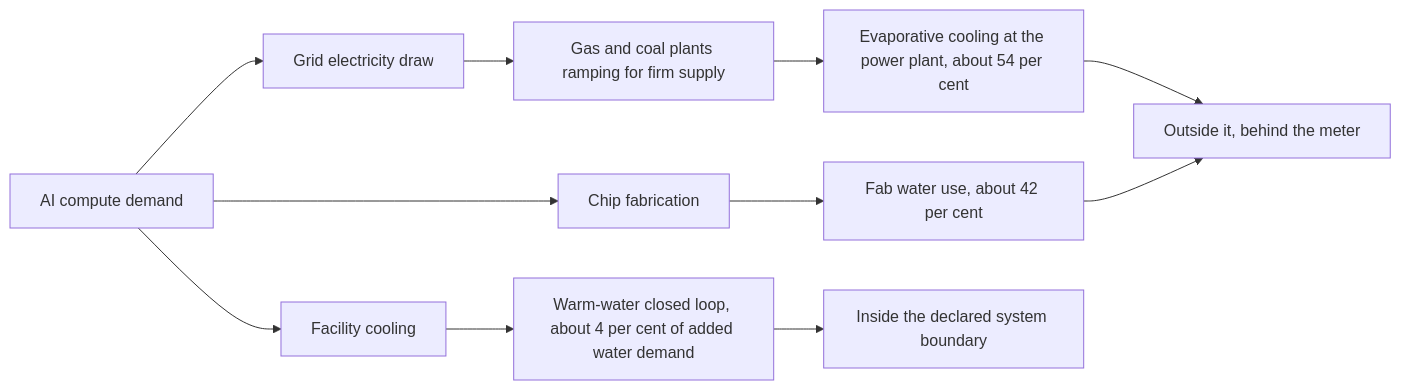
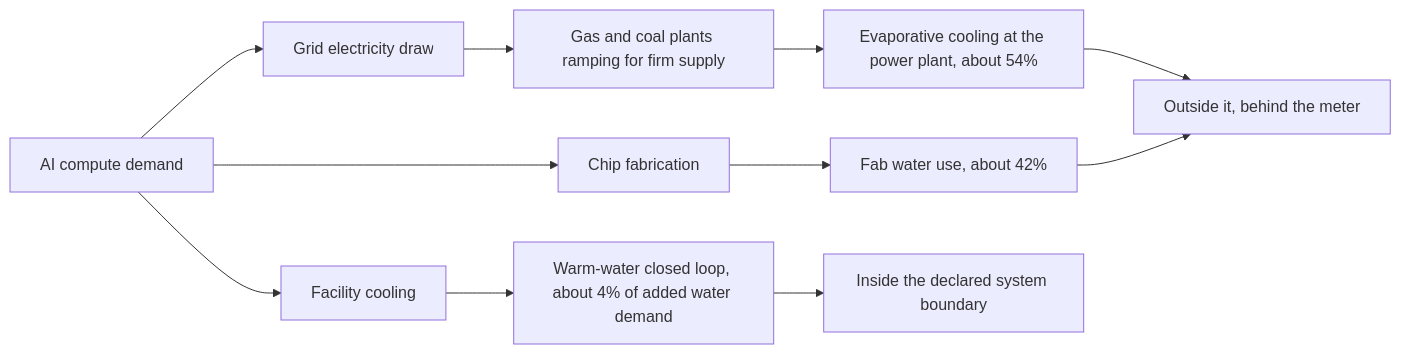
One commit to TarrySingh/tarrysingh-com changed the diagram in content/blog/nvidia-s-water-solution-ends-at-the-property.mdx. Above: the diagram before and after it, drawn with Mermaid. The commit also changed other lines of this file and 82 other files, not shown here.

````diff
--- a/content/blog/nvidia-s-water-solution-ends-at-the-property.mdx
+++ b/content/blog/nvidia-s-water-solution-ends-at-the-property.mdx
@@ -17,14 +17,14 @@
 ```mermaid
 %% caption: The closed loop sits inside the fence; most of the water is consumed on the other side of the meter.
 flowchart LR
   A[AI compute demand] --> B[Facility cooling]
   A --> C[Grid electricity draw]
   A --> D[Chip fabrication]
-  B --> E[Warm-water closed loop, about 4 per cent of added water demand]
+  B --> E[Warm-water closed loop, about 4% of added water demand]
   C --> F[Gas and coal plants ramping for firm supply]
-  F --> G[Evaporative cooling at the power plant, about 54 per cent]
-  D --> H[Fab water use, about 42 per cent]
+  F --> G[Evaporative cooling at the power plant, about 54%]
+  D --> H[Fab water use, about 42%]
   E --> I[Inside the declared system boundary]
   G --> J[Outside it, behind the meter]
   H --> J
 ```
````
